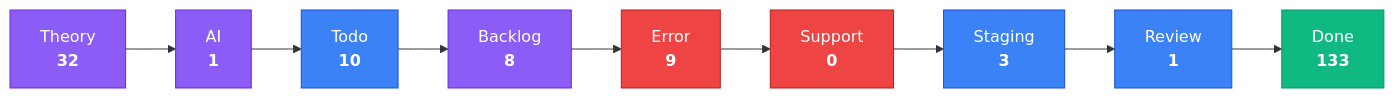
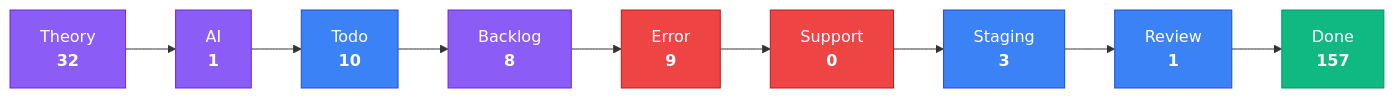
Before and after one commit to KBVE/kbve: the third of 4 diagrams in apps/kbve/astro-kbve/src/content/docs/dashboard/kanban-data.mdx, drawn with Mermaid. The commit also changed other lines of this file and 8 other files, not shown here.

````diff
--- a/apps/kbve/astro-kbve/src/content/docs/dashboard/kanban-data.mdx
+++ b/apps/kbve/astro-kbve/src/content/docs/dashboard/kanban-data.mdx
@@ -80,28 +80,28 @@
 ```mermaid
 flowchart LR
     classDef planning fill:#8b5cf6,stroke:#6d28d9,color:#fff
     classDef active fill:#3b82f6,stroke:#1d4ed8,color:#fff
     classDef blocked fill:#ef4444,stroke:#b91c1c,color:#fff
     classDef done fill:#10b981,stroke:#059669,color:#fff
     Theory["Theory<br/><strong>32</strong>"]
     Theory --> AI
     AI["AI<br/><strong>1</strong>"]
     AI --> Todo
     Todo["Todo<br/><strong>10</strong>"]
     Todo --> Backlog
     Backlog["Backlog<br/><strong>8</strong>"]
     Backlog --> Error
     Error["Error<br/><strong>9</strong>"]
     Error --> Support
     Support["Support<br/><strong>0</strong>"]
     Support --> Staging
     Staging["Staging<br/><strong>3</strong>"]
     Staging --> Review
     Review["Review<br/><strong>1</strong>"]
     Review --> Done
-    Done["Done<br/><strong>133</strong>"]
+    Done["Done<br/><strong>157</strong>"]
     class Theory,AI,Backlog planning
     class Todo,Staging,Review active
     class Error,Support blocked
     class Done done
 ```
````
